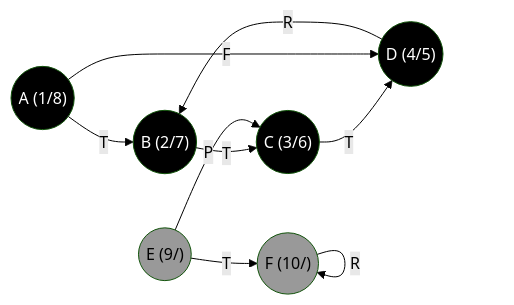
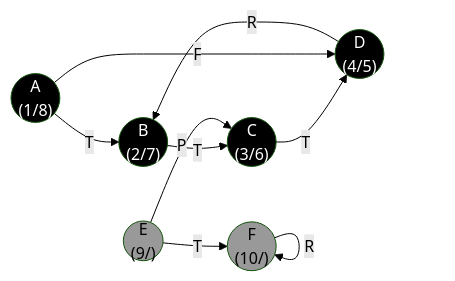
Diagram 18 of 27 in 2024.2/Materiais enviados/Listas/Resoluções/Lista 3.md (UFMG-Organizacao-de-Disciplinas/DCC865-Projeto_e_Analise_de_Algoritmos), drawn with Mermaid (forest theme) before and after one commit. The commit also changed other lines of this file and 1 other file, not shown here.

````diff
--- a/2024.2/Materiais enviados/Listas/Resoluções/Lista 3.md
+++ b/2024.2/Materiais enviados/Listas/Resoluções/Lista 3.md
@@ -824,28 +827,28 @@
 ```mermaid
 graph LR
     %% Coloração: fundo branco, texto preto
     style A fill:#000,color:#fff
     style B fill:#000,color:#fff
     style C fill:#000,color:#fff
     style D fill:#000,color:#fff
     style E fill:#999,color:#000
     style F fill:#999,color:#000
     
     %% Vértices
-    A(("A (1/8)"))
-    B(("B (2/7)"))
-    C(("C (3/6)"))
-    D(("D (4/5)"))
-    E(("E (9/)"))
-    F(("F (10/)"))
+    A(("A <br> (1/8)"))
+    B(("B <br> (2/7)"))
+    C(("C <br> (3/6)"))
+    D(("D <br> (4/5)"))
+    E(("E <br> (9/)"))
+    F(("F <br> (10/)"))
 
     %% Arestas
     A -->|T| B
     B -->|T| C
     C -->|T| D
     A -->|F| D
     D -->|R| B
     E -->|P| C
     E -->|T| F
     F -->|R| F
 ```
````
